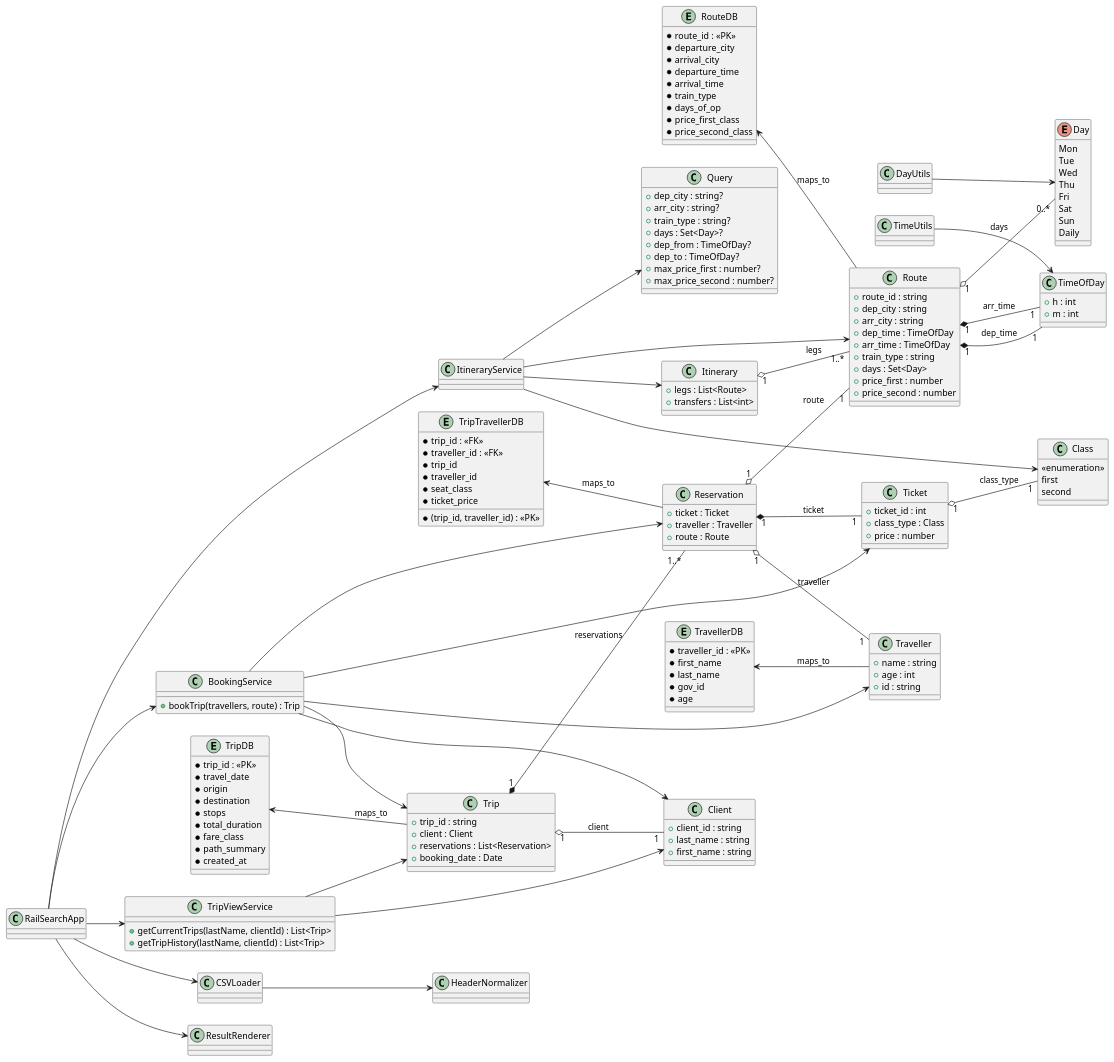
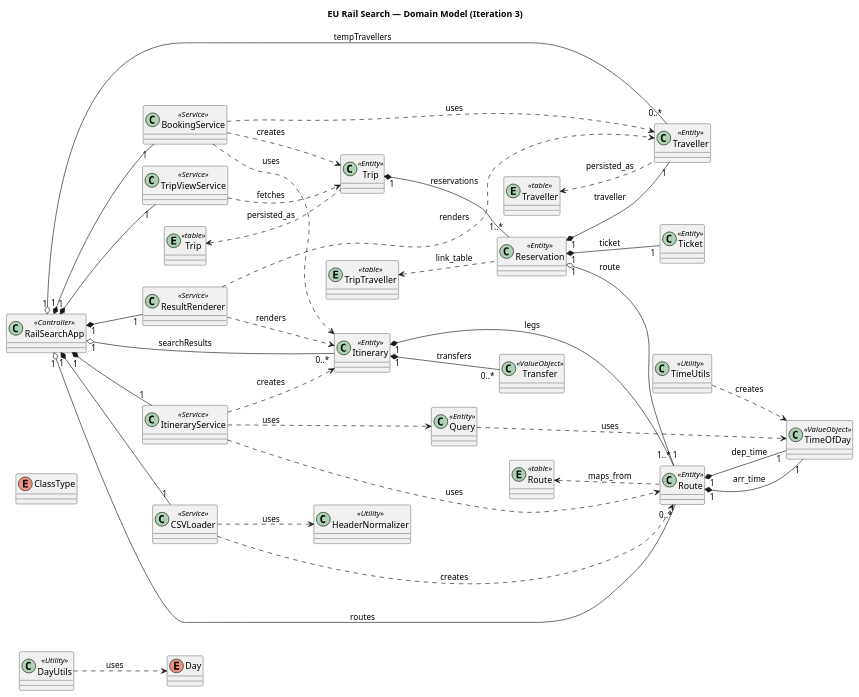
The diagram in docs/PlantUMLCode/domain.puml (nicolas-zampieri/SOEN342), drawn with PlantUML before and after one commit. The commit also changed 800 other files, not shown here.

First line of the commit message:
Update system operation diagrams and PlantUML files

```diff
--- a/docs/PlantUMLCode/domain.puml
+++ b/docs/PlantUMLCode/domain.puml
@@ -1,182 +1,133 @@
 @startuml DomainModel
+title EU Rail Search — Domain Model (Iteration 3)
 left to right direction
 
+' ==== Enumerations ====
 enum Day {
-  Mon
-  Tue
-  Wed
-  Thu
-  Fri
-  Sat
-  Sun
-  Daily
 }
 
-class Class {
-  <<enumeration>>
-  first
-  second
+enum ClassType {
 }
 
-entity "RouteDB" as RouteDB {
-  *route_id : <<PK>>
-  *departure_city
-  *arrival_city
-  *departure_time
-  *arrival_time
-  *train_type
-  *days_of_op
-  *price_first_class
-  *price_second_class
+' ==== Value Objects ====
+class TimeOfDay <<ValueObject>> {
 }
 
-entity "TravellerDB" as ClientDB {
-  *traveller_id : <<PK>>
-  *first_name
-  *last_name
-  *gov_id
-  *age
+class Transfer <<ValueObject>> {
 }
 
-entity "TripDB" as TripDB {
-  *trip_id : <<PK>>
-  *travel_date
-  *origin
-  *destination
-  *stops
-  *total_duration
-  *fare_class
-  *path_summary
-  *created_at
+' ==== Database Schema ====
+entity "Route" as RouteDB <<table>> {
 }
 
-entity "TripTravellerDB" as TravelDB {
-  *(trip_id, traveller_id) : <<PK>>
-  *trip_id : <<FK>>
-  *traveller_id : <<FK>>
-  *trip_id
-  *traveller_id
-  *seat_class
-  *ticket_price
+entity "Traveller" as TravellerDB <<table>> {
 }
 
-class TimeOfDay {
-  +h : int
-  +m : int
+entity "Trip" as TripDB <<table>> {
 }
 
-class Route {
-  +route_id : string
-  +dep_city : string
-  +arr_city : string
-  +dep_time : TimeOfDay
-  +arr_time : TimeOfDay
-  +train_type : string
-  +days : Set<Day>
-  +price_first : number
-  +price_second : number
+entity "TripTraveller" as TripTravellerDB <<table>> {
 }
 
-class Itinerary {
-  +legs : List<Route>
-  +transfers : List<int>
+' ==== Domain Entities (Client-Side) ====
+class Route <<Entity>> {
 }
 
-class Query {
-  +dep_city : string?
-  +arr_city : string?
-  +train_type : string?
-  +days : Set<Day>?
-  +dep_from : TimeOfDay?
-  +dep_to : TimeOfDay?
-  +max_price_first : number?
-  +max_price_second : number?
+class Itinerary <<Entity>> {
 }
 
-class Client {
-  +client_id : string
-  +last_name : string
-  +first_name : string
+class Query <<Entity>> {
 }
 
-class Traveller {
-  +name : string
-  +age : int
-  +id : string
+class Traveller <<Entity>> {
 }
 
-class Trip {
-  +trip_id : string
-  +client : Client
-  +reservations : List<Reservation>
-  +booking_date : Date
+class Ticket <<Entity>> {
 }
 
-class Reservation {
-  +ticket : Ticket
-  +traveller : Traveller
-  +route : Route
+class Reservation <<Entity>> {
 }
 
-class Ticket {
-  +ticket_id : int
-  +class_type : Class
-  +price : number
+class Trip <<Entity>> {
 }
 
-class BookingService {
-  +bookTrip(travellers, route) : Trip
+' ==== Services (Client-Side) ====
+class ItineraryService <<Service>> {
 }
 
-class TripViewService {
-  +getCurrentTrips(lastName, clientId) : List<Trip>
-  +getTripHistory(lastName, clientId) : List<Trip>
+class BookingService <<Service>> {
 }
 
-class ItineraryService
-class DayUtils
-class TimeUtils
-class CSVLoader
-class HeaderNormalizer
-class ResultRenderer
-class RailSearchApp
+class TripViewService <<Service>> {
+}
 
-Itinerary "1" o-- "1..*" Route : legs
+class CSVLoader <<Service>> {
+}
+
+class ResultRenderer <<Service>> {
+}
+
+' ==== Utilities ====
+class TimeUtils <<Utility>> {
+}
+
+class DayUtils <<Utility>> {
+}
+
+class HeaderNormalizer <<Utility>> {
+}
+
+' ==== Application Controller ====
+class RailSearchApp <<Controller>> {
+}
+
+' ==== Relationships ====
 Route "1" *-- "1" TimeOfDay : dep_time
 Route "1" *-- "1" TimeOfDay : arr_time
-Route "1" o-- "0..*" Day : days
 
+Itinerary "1" *-- "1..*" Route : legs
+Itinerary "1" *-- "0..*" Transfer : transfers
 
 Trip "1" *-- "1..*" Reservation : reservations
-Trip "1" o-- "1" Client : client
+Reservation "1" *-- "1" Traveller : traveller
 Reservation "1" *-- "1" Ticket : ticket
-Reservation "1" o-- "1" Traveller : traveller
 Reservation "1" o-- "1" Route : route
-Ticket "1" o-- "1" Class : class_type
 
-CSVLoader --> HeaderNormalizer
-RailSearchApp --> CSVLoader
-RailSearchApp --> ResultRenderer
-RailSearchApp --> ItineraryService
-RailSearchApp --> BookingService
-RailSearchApp --> TripViewService
-ItineraryService --> Route
-ItineraryService --> Itinerary
-ItineraryService --> Query
-ItineraryService --> Class
-BookingService --> Trip
-BookingService --> Reservation
-BookingService --> Ticket
-BookingService --> Client
-BookingService --> Traveller
-TripViewService --> Trip
-TripViewService --> Client
-DayUtils --> Day
-TimeUtils --> TimeOfDay
+Query ..> TimeOfDay : uses
 
-RouteDB <-- Route : maps_to
-ClientDB <-- Traveller : maps_to
-TripDB <-- Trip : maps_to
-TravelDB <-- Reservation : maps_to
+RailSearchApp "1" *-- "1" ItineraryService
+RailSearchApp "1" *-- "1" BookingService
+RailSearchApp "1" *-- "1" TripViewService
+RailSearchApp "1" *-- "1" CSVLoader
+RailSearchApp "1" *-- "1" ResultRenderer
+RailSearchApp "1" o-- "0..*" Route : routes
+RailSearchApp "1" o-- "0..*" Itinerary : searchResults
+RailSearchApp "1" o-- "0..*" Traveller : tempTravellers
+
+ItineraryService ..> Route : uses
+ItineraryService ..> Itinerary : creates
+ItineraryService ..> Query : uses
+
+BookingService ..> Itinerary : uses
+BookingService ..> Traveller : uses
+BookingService ..> Trip : creates
+
+TripViewService ..> Trip : fetches
+
+CSVLoader ..> Route : creates
+CSVLoader ..> HeaderNormalizer : uses
+
+ResultRenderer ..> Itinerary : renders
+ResultRenderer ..> Traveller : renders
+
+' Database mappings
+RouteDB <.. Route : maps_from
+TravellerDB <.. Traveller : persisted_as
+TripDB <.. Trip : persisted_as
+TripTravellerDB <.. Reservation : link_table
+
+' Utilities
+TimeUtils ..> TimeOfDay : creates
+DayUtils ..> Day : uses
 
 @enduml
```
